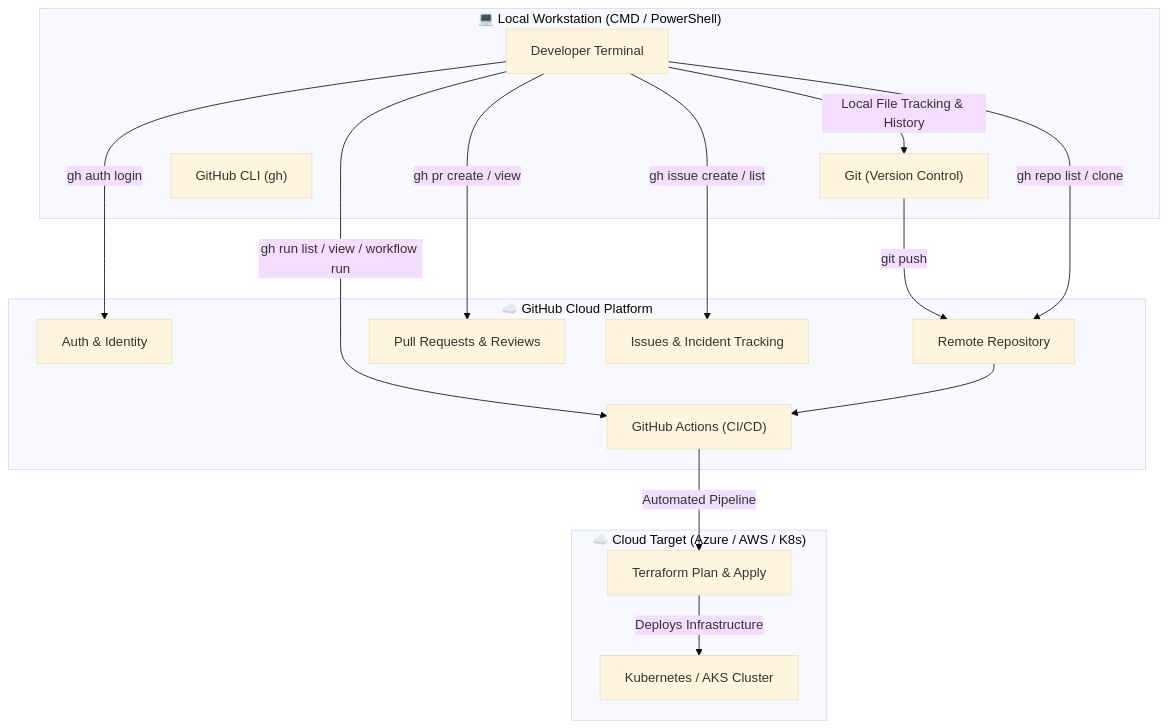
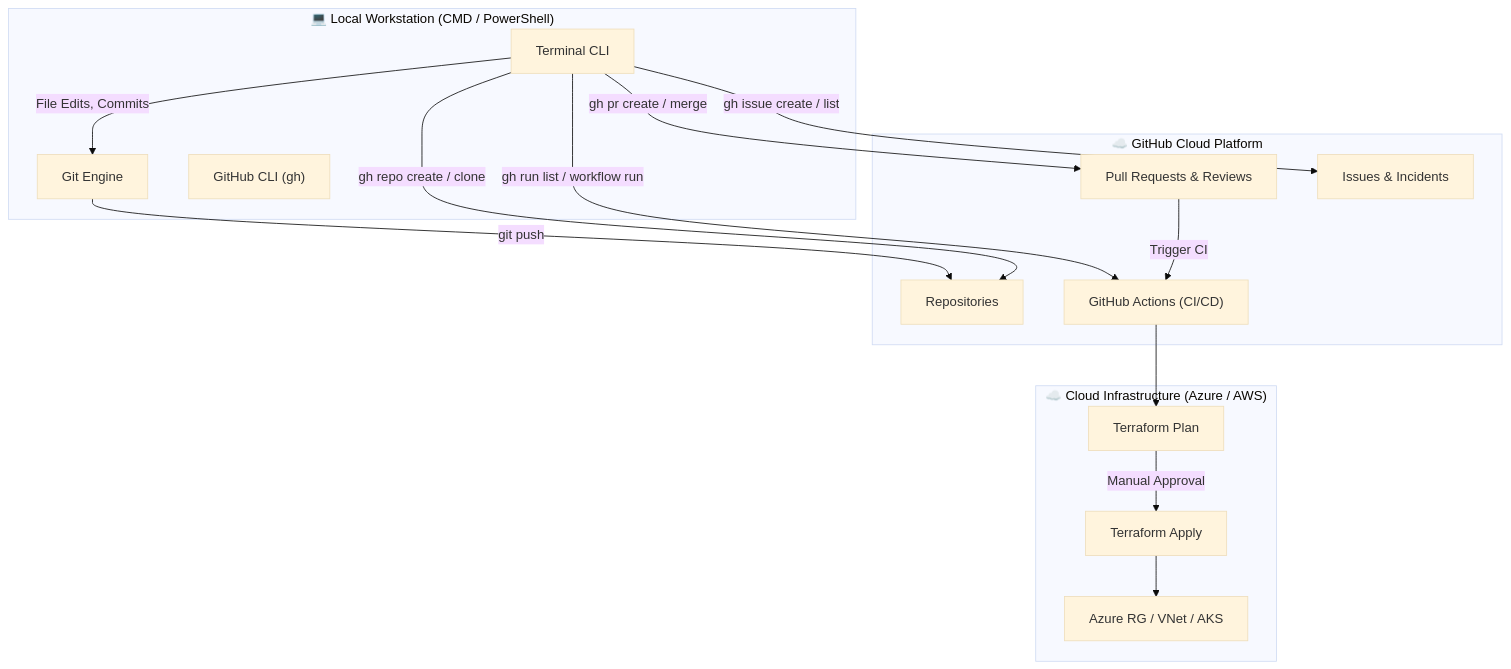
The diagram in README.md (Ashwanishahi155/faizan), drawn with Mermaid (base theme) before and after one commit. The commit also changed other lines of this file, not shown here.

Commit message:
Initial GitHub CLI DevOps labs

````diff
--- a/README.md
+++ b/README.md
@@ -36,34 +127,34 @@
 ```mermaid
 flowchart TD
     subgraph Local_Workstation ["💻 Local Workstation (CMD / PowerShell)"]
-        CLI["Developer Terminal"]
-        GitCmd["Git (Version Control)"]
+        CLI["Terminal CLI"]
+        GitCmd["Git Engine"]
         GHCmd["GitHub CLI (gh)"]
     end
 
     subgraph GitHub_Cloud ["☁️ GitHub Cloud Platform"]
-        GH_Auth["Auth & Identity"]
-        GH_Repo["Remote Repository"]
+        GH_Repo["Repositories"]
         GH_PR["Pull Requests & Reviews"]
+        GH_Issues["Issues & Incidents"]
         GH_Actions["GitHub Actions (CI/CD)"]
-        GH_Issues["Issues & Incident Tracking"]
     end
 
-    subgraph Cloud_Infrastructure ["☁️ Cloud Target (Azure / AWS / K8s)"]
-        Terraform["Terraform Plan & Apply"]
-        AKS["Kubernetes / AKS Cluster"]
+    subgraph Cloud_Deployment ["☁️ Cloud Infrastructure (Azure / AWS)"]
+        TerraformPlan["Terraform Plan"]
+        TerraformApply["Terraform Apply"]
+        AzureResources["Azure RG / VNet / AKS"]
     end
 
-    CLI -->|Local File Tracking & History| GitCmd
+    CLI -->|File Edits, Commits| GitCmd
     GitCmd -->|git push| GH_Repo
 
-    CLI -->|gh auth login| GH_Auth
-    CLI -->|gh repo list / clone| GH_Repo
-    CLI -->|gh pr create / view| GH_PR
+    CLI -->|gh repo create / clone| GH_Repo
+    CLI -->|gh pr create / merge| GH_PR
     CLI -->|gh issue create / list| GH_Issues
-    CLI -->|gh run list / view / workflow run| GH_Actions
+    CLI -->|gh run list / workflow run| GH_Actions
 
-    GH_Repo --> GH_Actions
-    GH_Actions -->|Automated Pipeline| Terraform
-    Terraform -->|Deploys Infrastructure| AKS
+    GH_PR -->|Trigger CI| GH_Actions
+    GH_Actions --> TerraformPlan
+    TerraformPlan -->|Manual Approval| TerraformApply
+    TerraformApply --> AzureResources
 ```
````
